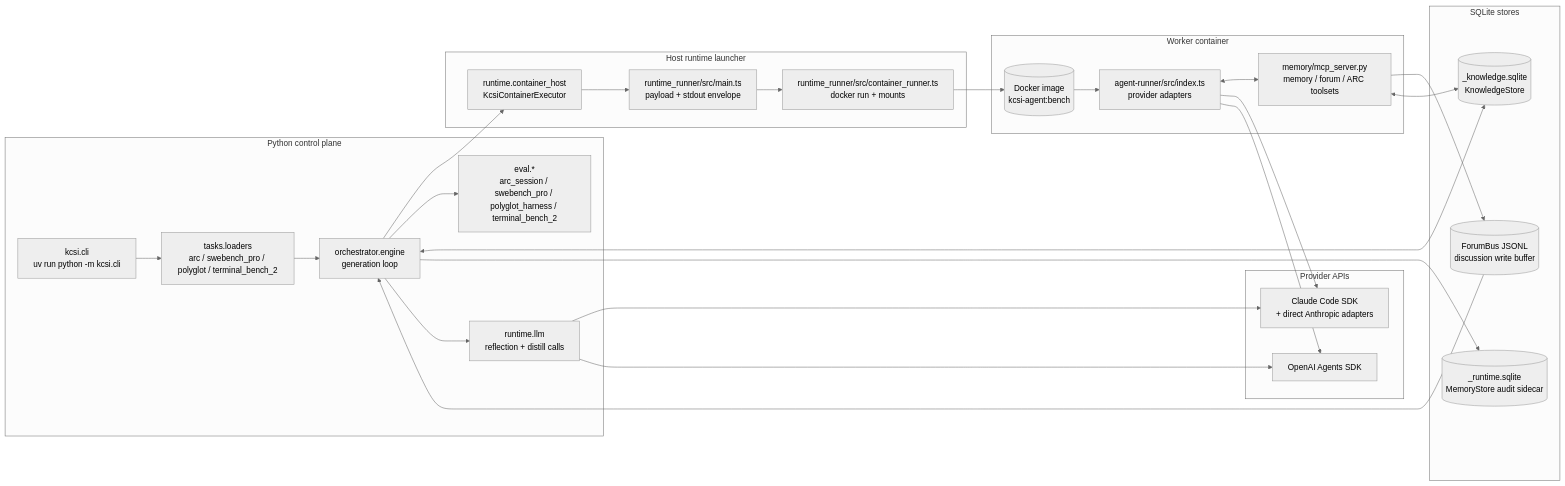
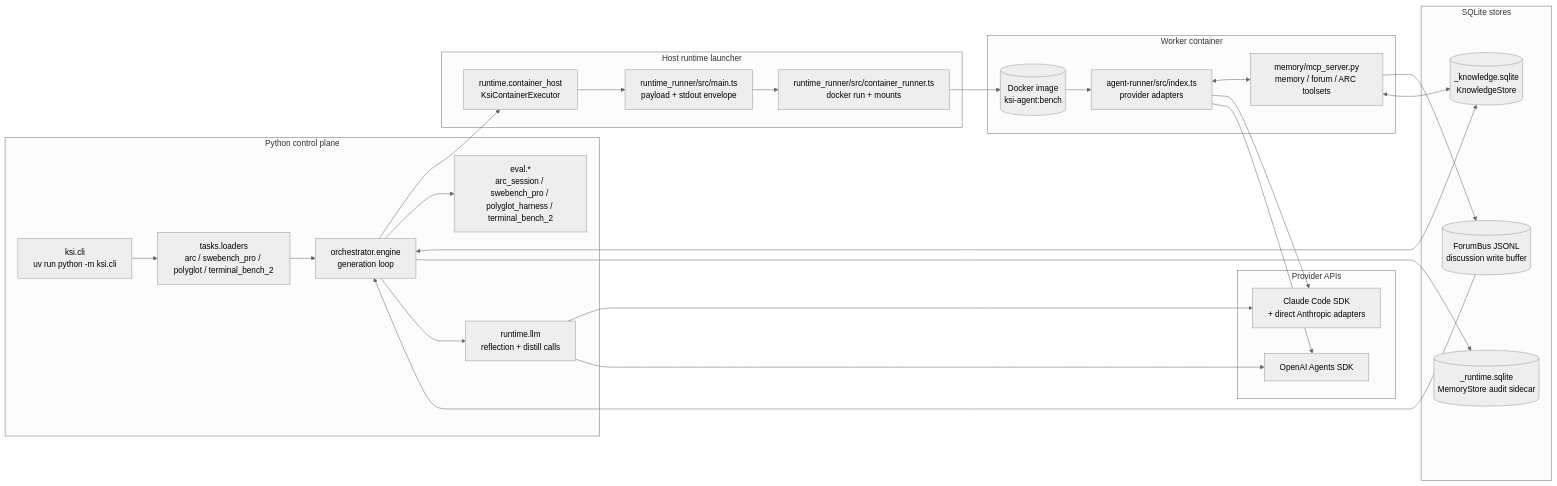
Before and after one commit to recursive-knowledge/KSI: the first of 7 diagrams in docs/architecture.md, drawn with Mermaid (neutral theme). The commit also changed other lines of this file and 527 other files, not shown here.

First line of the commit message:
Rename KCSI to KSI (#2)

````diff
--- a/docs/architecture.md
+++ b/docs/architecture.md
@@ -16,47 +16,47 @@
 ```mermaid
 flowchart LR
     subgraph Control["Python control plane"]
-        CLI["kcsi.cli<br/>uv run python -m kcsi.cli"]
+        CLI["ksi.cli<br/>uv run python -m ksi.cli"]
         Loader["tasks.loaders<br/>arc / swebench_pro / polyglot / terminal_bench_2"]
         Engine["orchestrator.engine<br/>generation loop"]
         Eval["eval.*<br/>arc_session / swebench_pro / polyglot_harness / terminal_bench_2"]
         HostLLM["runtime.llm<br/>reflection + distill calls"]
     end
 
     subgraph Host["Host runtime launcher"]
-        CHost["runtime.container_host<br/>KcsiContainerExecutor"]
+        CHost["runtime.container_host<br/>KsiContainerExecutor"]
         Main["runtime_runner/src/main.ts<br/>payload + stdout envelope"]
         Runner["runtime_runner/src/container_runner.ts<br/>docker run + mounts"]
     end
 
     subgraph Worker["Worker container"]
-        Docker[("Docker image<br/>kcsi-agent:bench")]
+        Docker[("Docker image<br/>ksi-agent:bench")]
         Agent["agent-runner/src/index.ts<br/>provider adapters"]
         MCP["memory/mcp_server.py<br/>memory / forum / ARC toolsets"]
     end
 
     subgraph Providers["Provider APIs"]
         Claude["Claude Code SDK<br/>+ direct Anthropic adapters"]
         OpenAI["OpenAI Agents SDK"]
     end
 
     subgraph Stores["SQLite stores"]
         KStore[("<stem>_knowledge.sqlite<br/>KnowledgeStore")]
         RStore[("<stem>_runtime.sqlite<br/>MemoryStore audit sidecar")]
         FBus[("ForumBus JSONL<br/>discussion write buffer")]
     end
 
     CLI --> Loader --> Engine
     Engine --> CHost --> Main --> Runner --> Docker --> Agent
     Agent <--> MCP
     Agent --> Claude
     Agent --> OpenAI
     MCP --> FBus --> Engine
     MCP <--> KStore
     Engine --> Eval
     Engine <--> KStore
     Engine --> RStore
     Engine --> HostLLM
     HostLLM --> Claude
     HostLLM --> OpenAI
 ```
````
